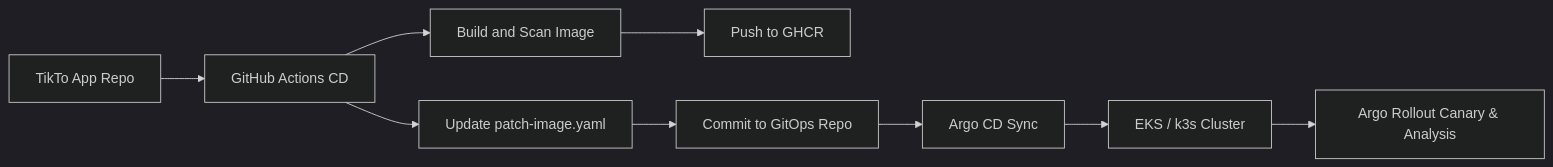
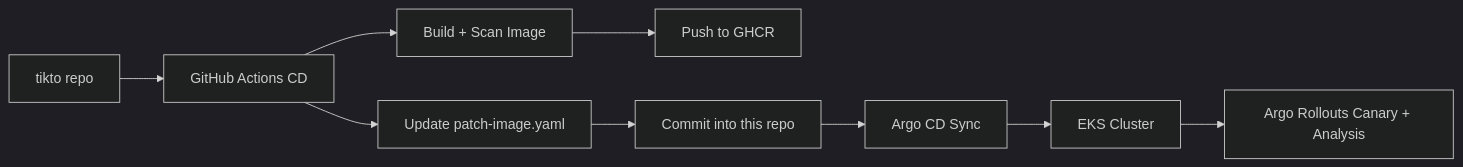
Before and after one commit to flavoriy/gitops-manifest: the diagram in README.md, drawn with Mermaid (dark theme). The commit also changed other lines of this file, not shown here.

````diff
--- a/README.md
+++ b/README.md
@@ -9,11 +11,11 @@
 ```mermaid
 flowchart LR
-    AppRepo[TikTo App Repo] --> CD[GitHub Actions CD]
-    CD --> Image[Build and Scan Image]
+    AppRepo[tikto repo] --> CD[GitHub Actions CD]
+    CD --> Image[Build + Scan Image]
     Image --> GHCR[Push to GHCR]
     CD --> Patch[Update patch-image.yaml]
-    Patch --> GitOps[Commit to GitOps Repo]
+    Patch --> GitOps[Commit into this repo]
     GitOps --> Argo[Argo CD Sync]
-    Argo --> K8s[EKS / k3s Cluster]
-    K8s --> Rollout[Argo Rollout Canary & Analysis]
+    Argo --> K8s[EKS Cluster]
+    K8s --> Rollout[Argo Rollouts Canary + Analysis]
 ```
````
